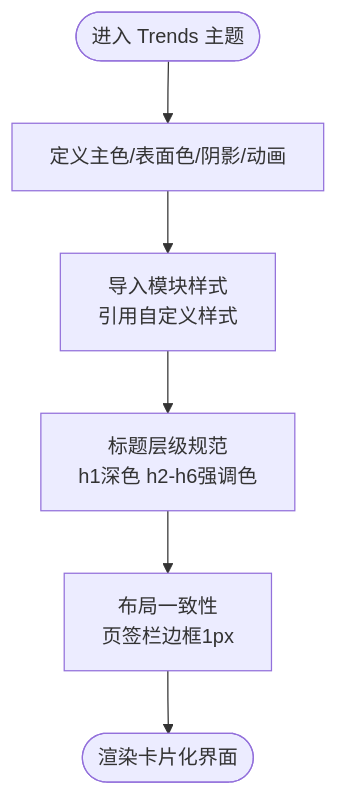
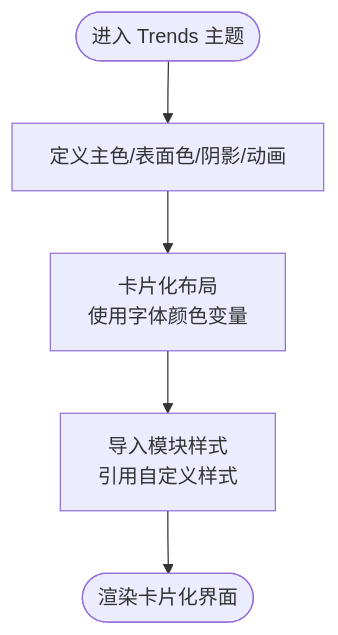
One commit to terwer/siyuan-plugin-blog changed the fourth of 8 diagrams in .qoder/repowiki/zh/content/核心功能/主题系统/自定义主题开发/主题定制实例.md. Above: the diagram before and after it, drawn with Mermaid. The commit also changed other lines of this file and 31 other files, not shown here.

````diff
--- a/.qoder/repowiki/zh/content/核心功能/主题系统/自定义主题开发/主题定制实例.md
+++ b/.qoder/repowiki/zh/content/核心功能/主题系统/自定义主题开发/主题定制实例.md
@@ -251,8 +213,7 @@
 ```mermaid
 flowchart TD
 Start(["进入 Trends 主题"]) --> Tokens["定义主色/表面色/阴影/动画"]
-Tokens --> Modules["导入模块样式<br/>引用自定义样式"]
-Modules --> Headings["标题层级规范<br/>h1深色 h2-h6强调色"]
-Headings --> Layouts["布局一致性<br/>页签栏边框1px"]
-Layouts --> Render(["渲染卡片化界面"])
+Tokens --> Cards["卡片化布局<br/>使用字体颜色变量"]
+Cards --> Modules["导入模块样式<br/>引用自定义样式"]
+Modules --> Render(["渲染卡片化界面"])
 ```
````
